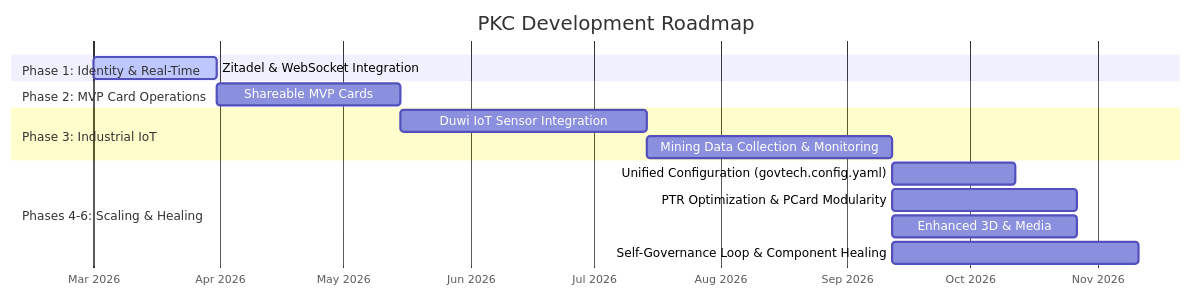
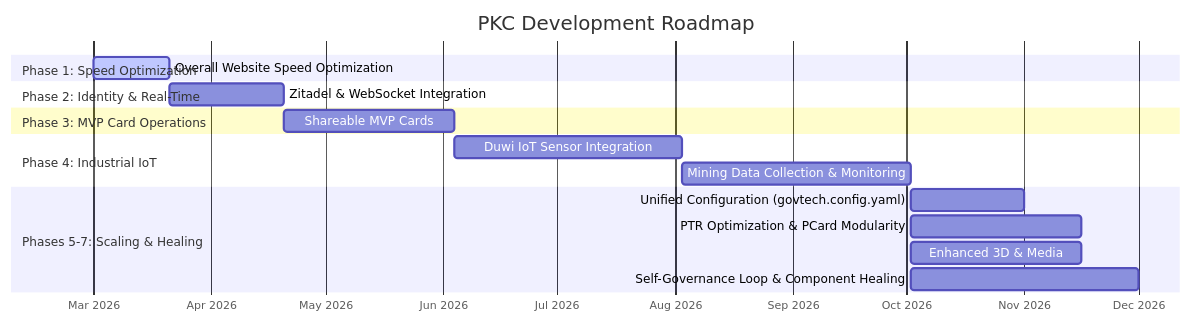
Before and after one commit to xlp0/LandingPage: the diagram in pkc_usage_and_roadmap.md, drawn with Mermaid. The commit also changed other lines of this file, not shown here.

Commit message:
docs: insert website speed optimization as new phase 1

````diff
--- a/pkc_usage_and_roadmap.md
+++ b/pkc_usage_and_roadmap.md
@@ -32,22 +32,25 @@
 ```mermaid
 gantt
     title PKC Development Roadmap
     dateFormat  YYYY-MM-DD
     axisFormat  %b %Y
 
-    section Phase 1: Identity & Real-Time
-    Zitadel & WebSocket Integration :active, p1, 2026-03-01, 30d
+    section Phase 1: Speed Optimization
+    Overall Website Speed Optimization :active, p1, 2026-03-01, 20d
 
-    section Phase 2: MVP Card Operations
-    Shareable MVP Cards           :p2, after p1, 45d
+    section Phase 2: Identity & Real-Time
+    Zitadel & WebSocket Integration :p2, after p1, 30d
 
-    section Phase 3: Industrial IoT
-    Duwi IoT Sensor Integration   :p3_1, after p2, 60d
-    Mining Data Collection & Monitoring :p3_2, after p3_1, 60d
+    section Phase 3: MVP Card Operations
+    Shareable MVP Cards           :p3, after p2, 45d
 
-    section Phases 4-6: Scaling & Healing
-    Unified Configuration (govtech.config.yaml) :after p3_2, 30d
-    PTR Optimization & PCard Modularity         :after p3_2, 45d
-    Enhanced 3D & Media                         :after p3_2, 45d
-    Self-Governance Loop & Component Healing    :after p3_2, 60d
+    section Phase 4: Industrial IoT
+    Duwi IoT Sensor Integration   :p4_1, after p3, 60d
+    Mining Data Collection & Monitoring :p4_2, after p4_1, 60d
+
+    section Phases 5-7: Scaling & Healing
+    Unified Configuration (govtech.config.yaml) :after p4_2, 30d
+    PTR Optimization & PCard Modularity         :after p4_2, 45d
+    Enhanced 3D & Media                         :after p4_2, 45d
+    Self-Governance Loop & Component Healing    :after p4_2, 60d
 ```
````
